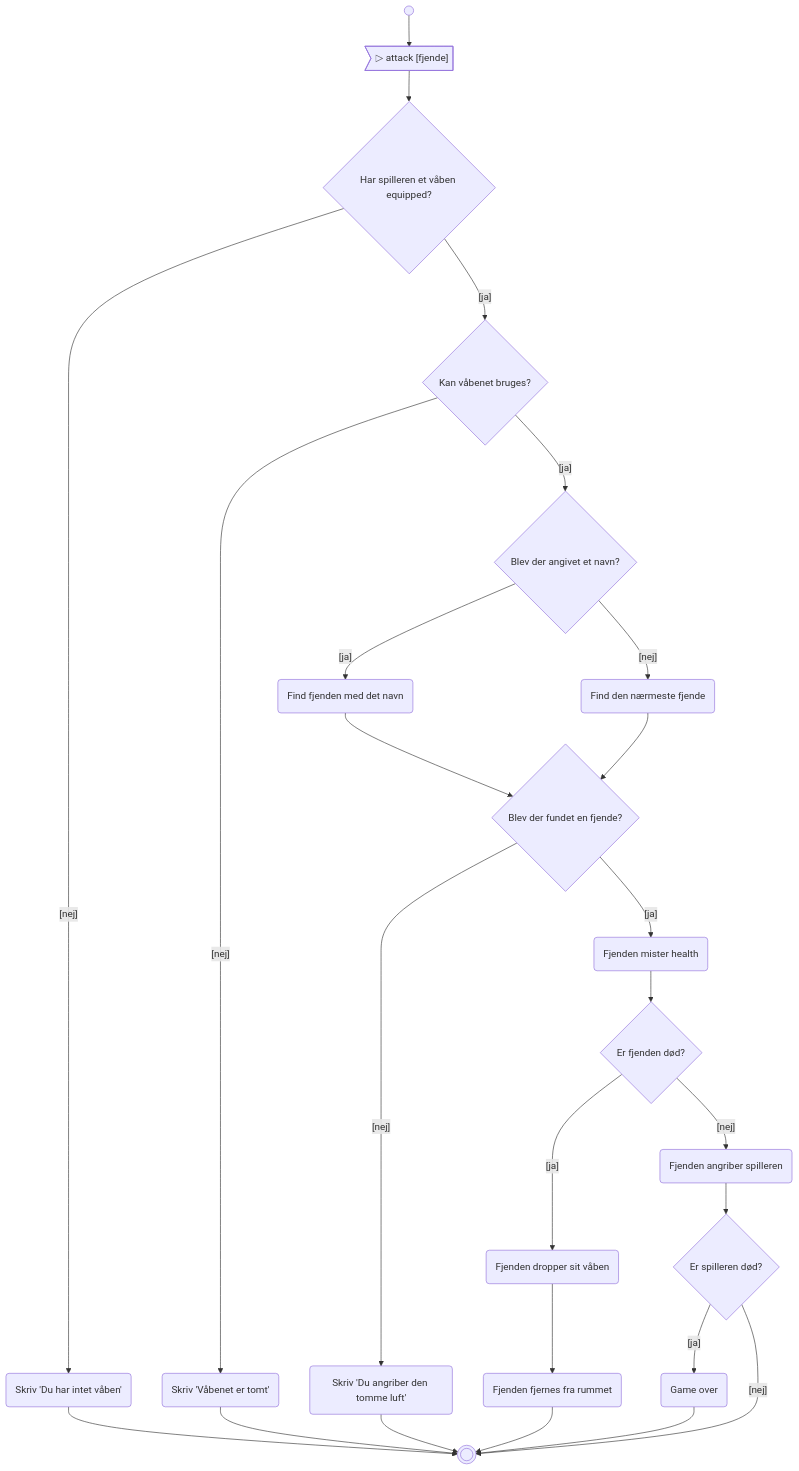
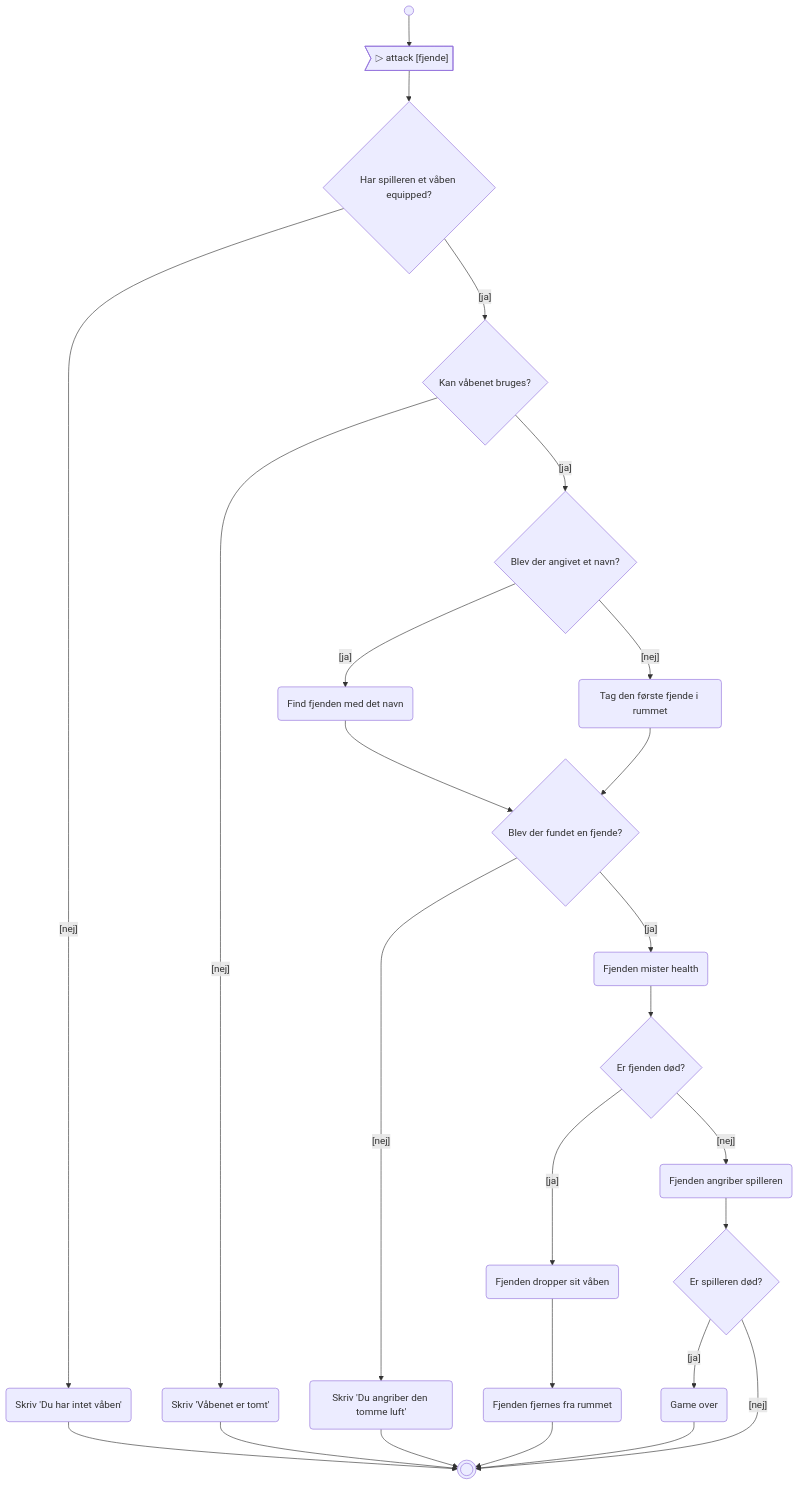
The eighth of 8 diagrams in 38/01_man_2026-09-14/loesninger.md (CheMical/DAT-GBG-DA-E26AB), drawn with Mermaid before and after one commit. The commit also changed 20 other files, not shown here.

````diff
--- a/38/01_man_2026-09-14/loesninger.md
+++ b/38/01_man_2026-09-14/loesninger.md
@@ -380,27 +380,27 @@
 ```mermaid
 flowchart TD
     S(( )) --> A>"▷ attack [fjende]"]
     A --> B{"Har spilleren et våben equipped?"}
     B -- "[nej]" --> B1("Skriv 'Du har intet våben'")
     B1 --> Z((( )))
     B -- "[ja]" --> C{"Kan våbenet bruges?"}
     C -- "[nej]" --> C1("Skriv 'Våbenet er tomt'")
     C1 --> Z
     C -- "[ja]" --> D{"Blev der angivet et navn?"}
     D -- "[ja]" --> D1("Find fjenden med det navn")
-    D -- "[nej]" --> D2("Find den nærmeste fjende")
+    D -- "[nej]" --> D2("Tag den første fjende i rummet")
     D1 --> E{"Blev der fundet en fjende?"}
     D2 --> E
     E -- "[nej]" --> E1("Skriv 'Du angriber den tomme luft'")
     E1 --> Z
     E -- "[ja]" --> F("Fjenden mister health")
     F --> G{"Er fjenden død?"}
     G -- "[ja]" --> G1("Fjenden dropper sit våben")
     G1 --> G2("Fjenden fjernes fra rummet")
     G2 --> Z
     G -- "[nej]" --> H("Fjenden angriber spilleren")
     H --> I{"Er spilleren død?"}
     I -- "[ja]" --> I1("Game over")
     I1 --> Z
     I -- "[nej]" --> Z
 ```
````
